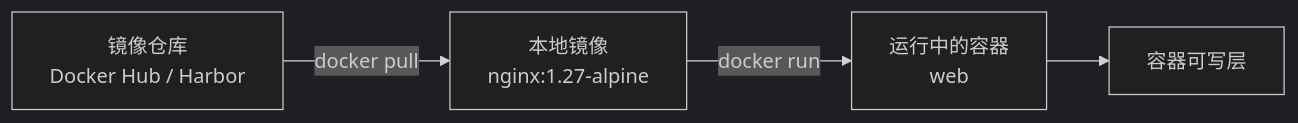
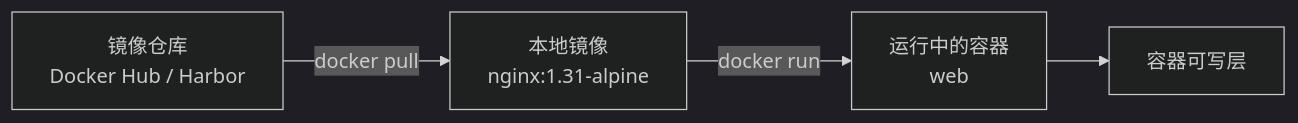
Before and after one commit to yleoer/k8s-learn: the third of 3 diagrams in docs/02-容器基础/1-容器核心概念.md, drawn with Mermaid (dark theme). The commit also changed other lines of this file and 48 other files, not shown here.

````diff
--- a/docs/02-容器基础/1-容器核心概念.md
+++ b/docs/02-容器基础/1-容器核心概念.md
@@ -72,6 +72,6 @@
 ```mermaid
 flowchart LR
-  registry["镜像仓库<br/>Docker Hub / Harbor"] -->|docker pull| image["本地镜像<br/>nginx:1.27-alpine"]
+  registry["镜像仓库<br/>Docker Hub / Harbor"] -->|docker pull| image["本地镜像<br/>nginx:1.31-alpine"]
   image -->|docker run| container["运行中的容器<br/>web"]
   container --> writable["容器可写层"]
 ```
````
